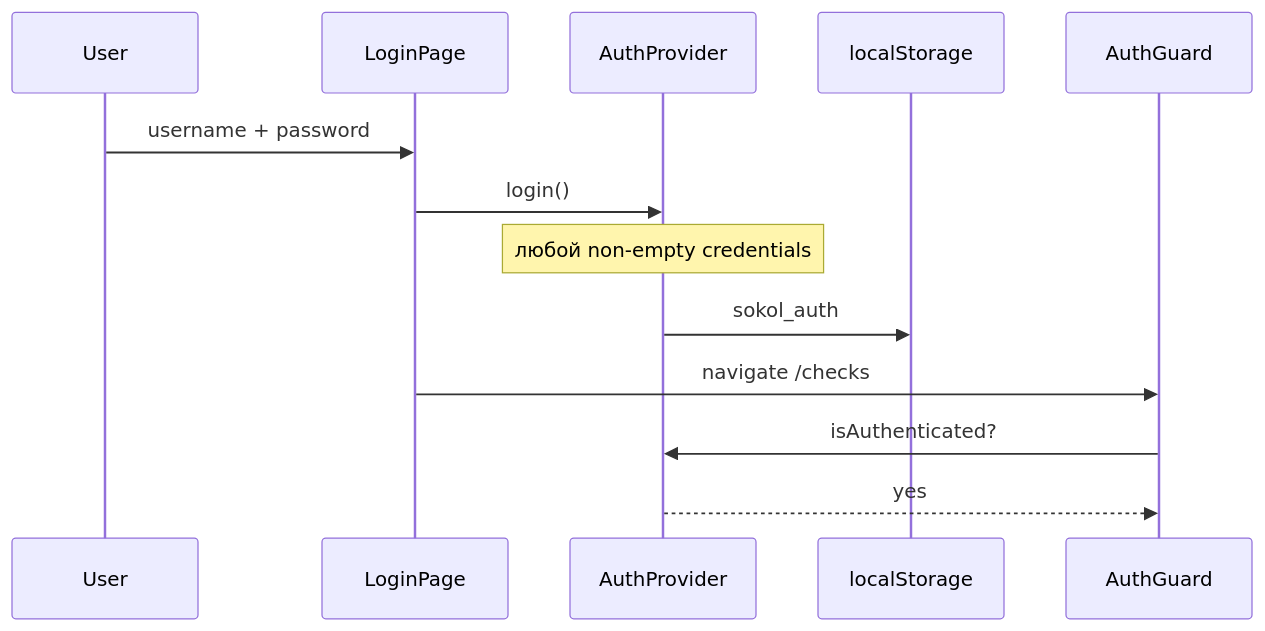
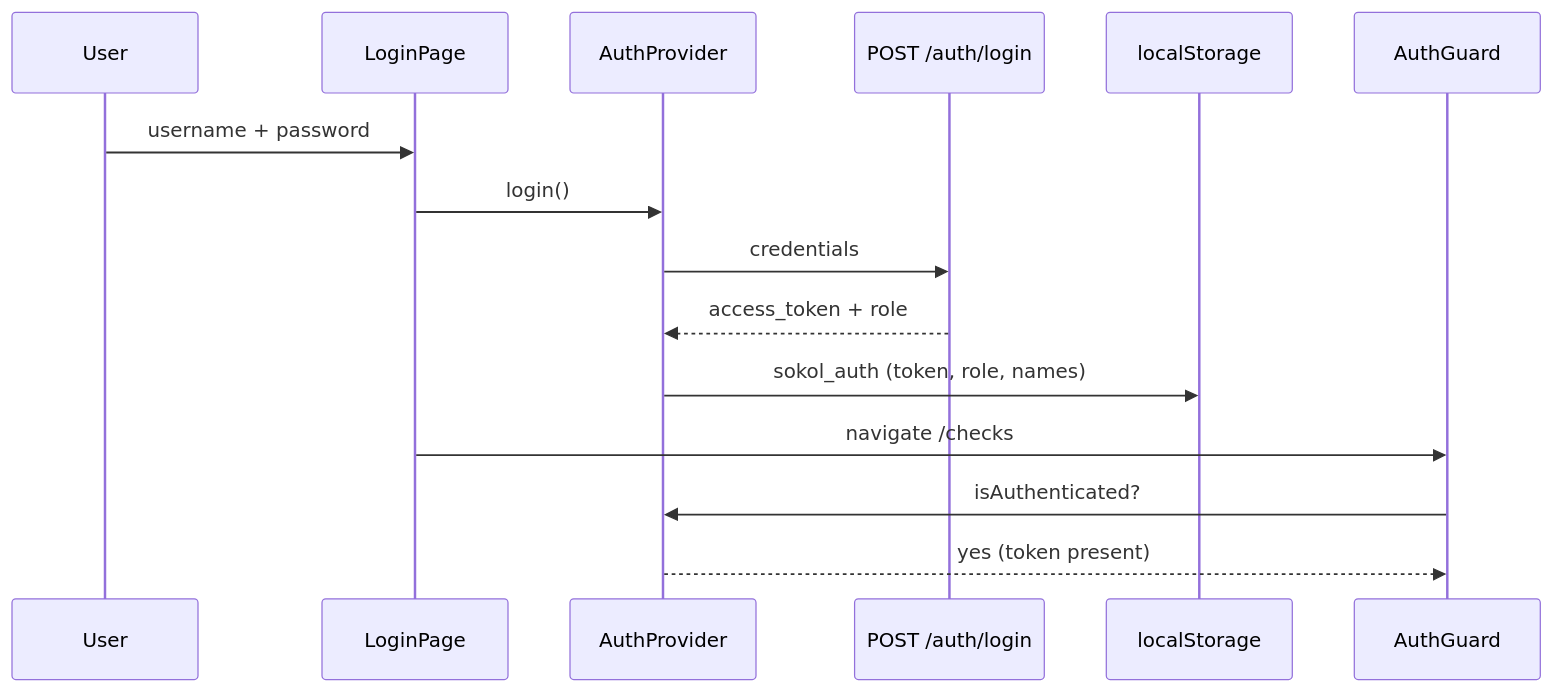
Before and after one commit to sweetd0vee/sokol: the fourth of 7 diagrams in sokol-frontend/docs/ARCHITECTURE.md, drawn with Mermaid. The commit also changed other lines of this file and 46 other files, not shown here.

````diff
--- a/sokol-frontend/docs/ARCHITECTURE.md
+++ b/sokol-frontend/docs/ARCHITECTURE.md
@@ -218,16 +220,18 @@
 ```mermaid
 sequenceDiagram
   participant U as User
   participant LP as LoginPage
   participant AC as AuthProvider
+  participant API as POST /auth/login
   participant LS as localStorage
   participant AG as AuthGuard
 
   U->>LP: username + password
   LP->>AC: login()
-  Note over AC: любой non-empty credentials
-  AC->>LS: sokol_auth
+  AC->>API: credentials
+  API-->>AC: access_token + role
+  AC->>LS: sokol_auth (token, role, names)
   LP->>AG: navigate /checks
   AG->>AC: isAuthenticated?
-  AC-->>AG: yes
+  AC-->>AG: yes (token present)
 ```
````
